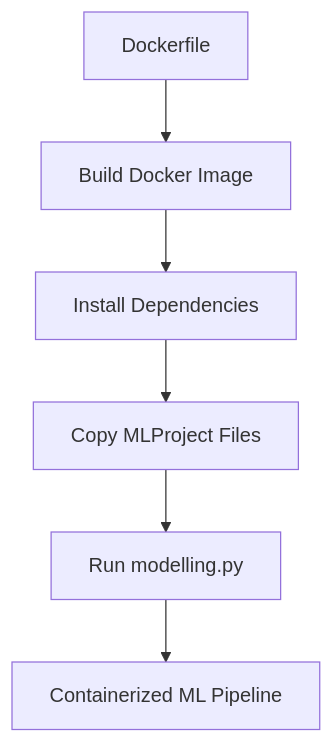
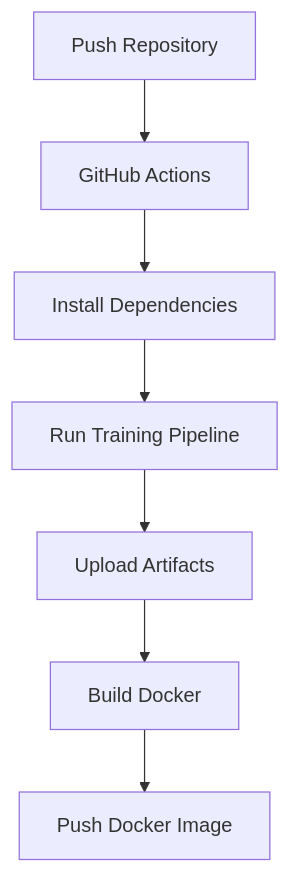
Before and after one commit to muharifandi/Workflow-CI: the fourth of 4 diagrams in README.md, drawn with Mermaid. The commit also changed other lines of this file and 1 other file, not shown here.

````diff
--- a/README.md
+++ b/README.md
@@ -215,15 +244,17 @@
 ```mermaid
 graph TD
 
-A[Dockerfile]
+A[Push Repository]
 
-A --> B[Build Docker Image]
+A --> B[GitHub Actions]
 
 B --> C[Install Dependencies]
 
-C --> D[Copy MLProject Files]
+C --> D[Run Training Pipeline]
 
-D --> E[Run modelling.py]
+D --> E[Upload Artifacts]
 
-E --> F[Containerized ML Pipeline]
+E --> F[Build Docker]
+
+F --> G[Push Docker Image]
 ```
````
